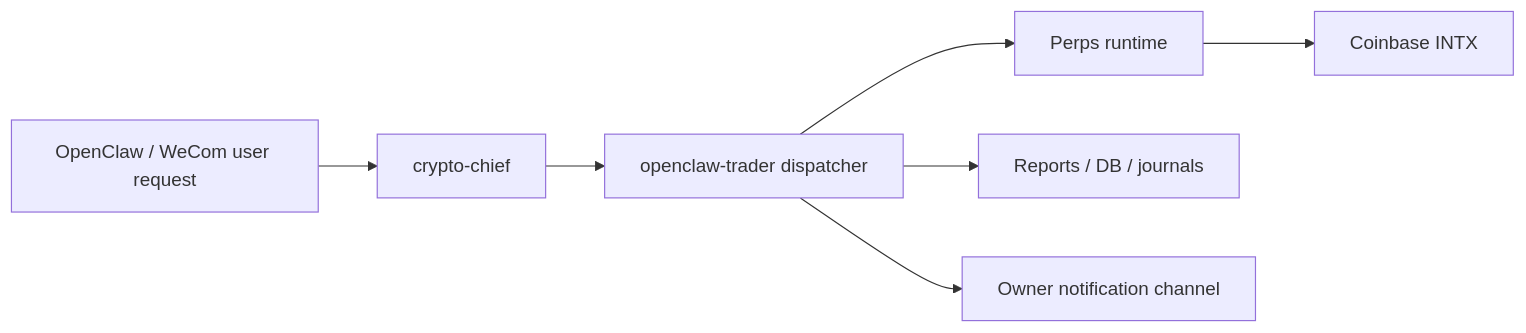
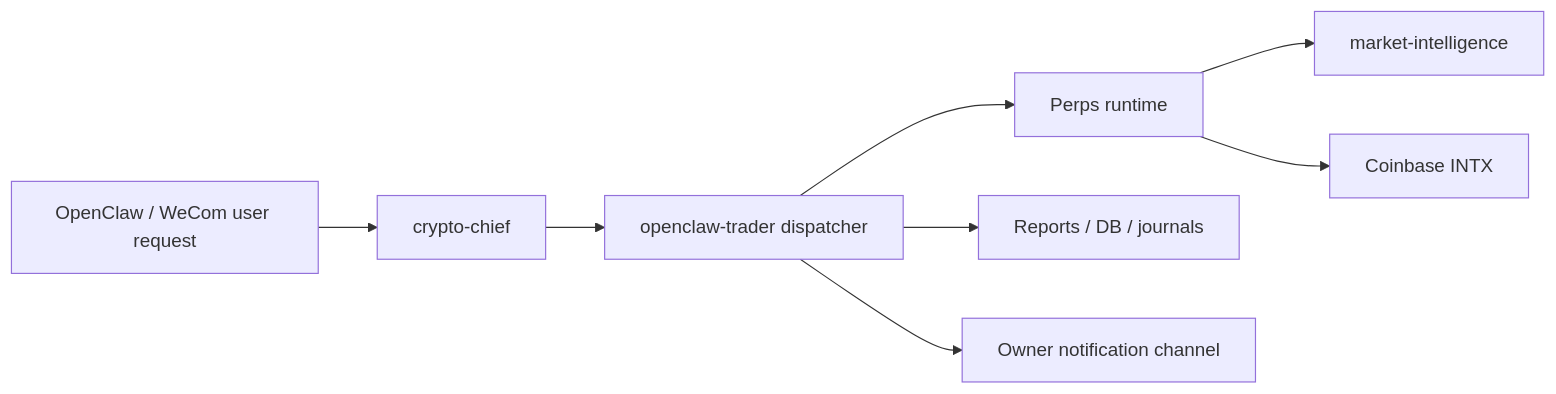
Before and after one commit to MrPhotato/openclaw-trader: the diagram in docs/system-overview.md, drawn with Mermaid. The commit also changed other lines of this file and 488 other files, not shown here.

````diff
--- a/docs/system-overview.md
+++ b/docs/system-overview.md
@@ -7,9 +7,10 @@
 ```mermaid
 flowchart LR
     A["OpenClaw / WeCom user request"] --> B["crypto-chief"]
     B --> C["openclaw-trader dispatcher"]
     C --> D["Perps runtime"]
-    D --> E["Coinbase INTX"]
-    C --> F["Reports / DB / journals"]
-    C --> G["Owner notification channel"]
+    D --> E["market-intelligence"]
+    D --> F["Coinbase INTX"]
+    C --> G["Reports / DB / journals"]
+    C --> H["Owner notification channel"]
 ```
````
